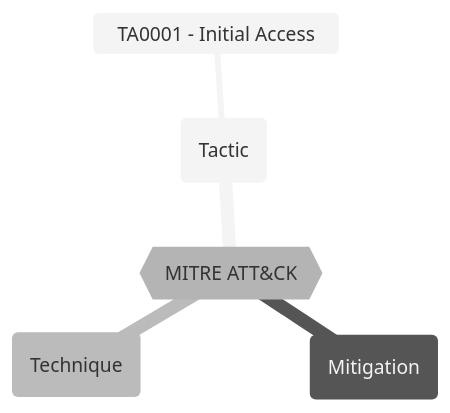
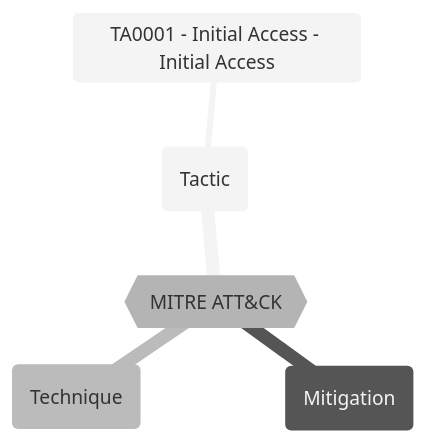
One commit to maester365/maester changed the diagram in docs/docs/tests/AADSC/AADSC.authorizationPolicy.allowEmailVerifiedUsersToJoinOrganization.md. Above: the diagram before and after it, drawn with Mermaid (neutral theme). The commit also changed other lines of this file and 95 other files, not shown here.

````diff
--- a/docs/docs/tests/AADSC/AADSC.authorizationPolicy.allowEmailVerifiedUsersToJoinOrganization.md
+++ b/docs/docs/tests/AADSC/AADSC.authorizationPolicy.allowEmailVerifiedUsersToJoinOrganization.md
@@ -19,10 +31,10 @@
 ```mermaid
 mindmap
   root{{MITRE ATT&CK}}
     (Tactic)
-      TA0001 - Initial Access
+      TA0001 - Initial Access - Initial Access
     (Mitigation)
 
     (Technique)
 
 ```
````
